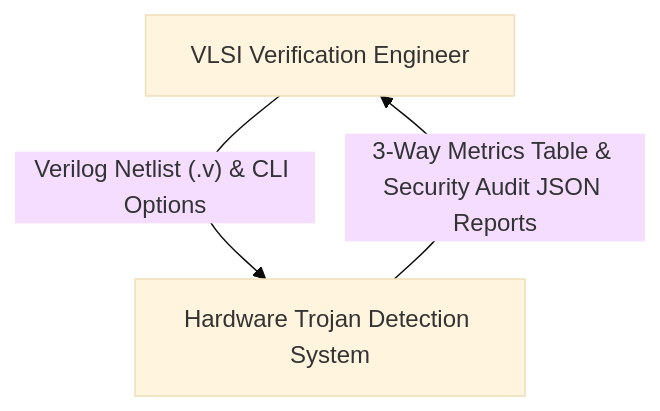
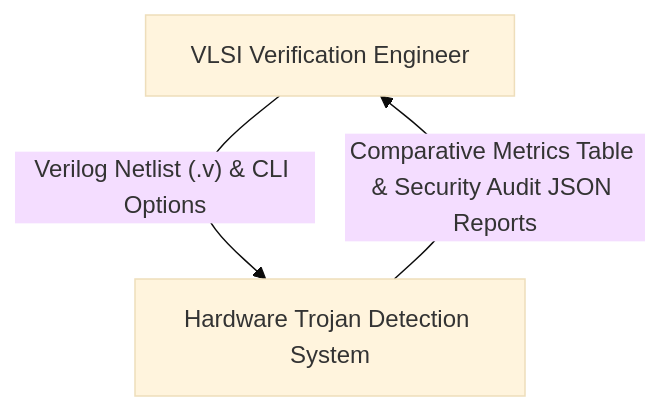
The fourth of 9 diagrams in Readme.md (Daksh-jain23/Hardware-Trojan-Detection), drawn with Mermaid (base theme) before and after one commit. The commit also changed other lines of this file and 8320 other files, not shown here.

````diff
--- a/Readme.md
+++ b/Readme.md
@@ -229,5 +759,5 @@
 ```mermaid
 graph TD
     User["VLSI Verification Engineer"] -- "Verilog Netlist (.v) & CLI Options" --> System["Hardware Trojan Detection System"]
-    System -- "3-Way Metrics Table & Security Audit JSON Reports" --> User
+    System -- "Comparative Metrics Table & Security Audit JSON Reports" --> User
 ```
````
